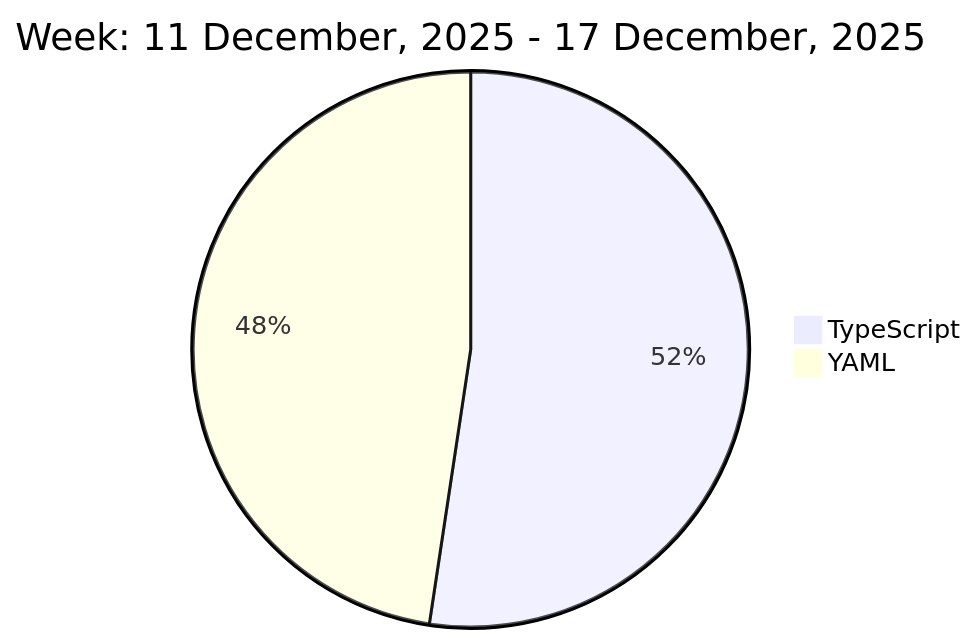
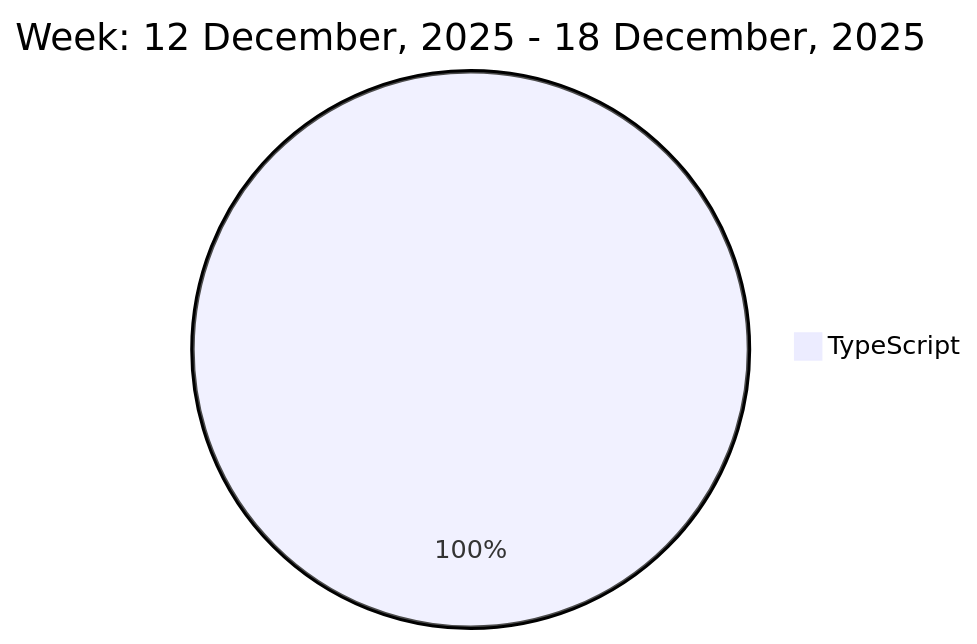
One commit to liubin95/liubin95 changed the diagram in README.md. Above: the diagram before and after it, drawn with Mermaid.

Commit message:
Updated the Graph with new Metrics

````diff
--- a/README.md
+++ b/README.md
@@ -37,6 +37,5 @@
 ```mermaid
  pie
-title Week: 11 December, 2025 - 17 December, 2025
- "TypeScript" : 1.1
- "YAML" : 1.0
+title Week: 12 December, 2025 - 18 December, 2025
+ "TypeScript" : 3.5
 ```
````
